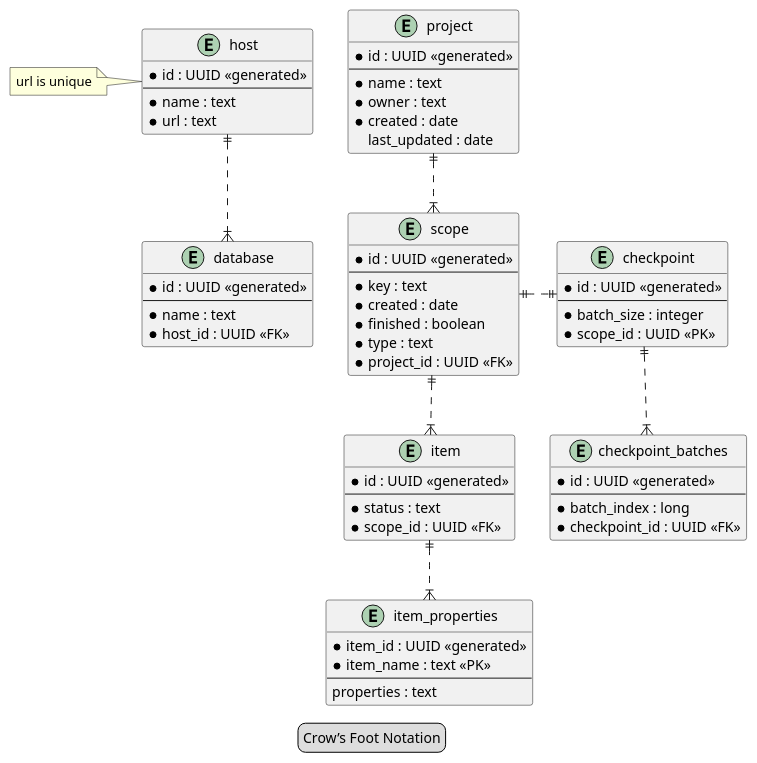
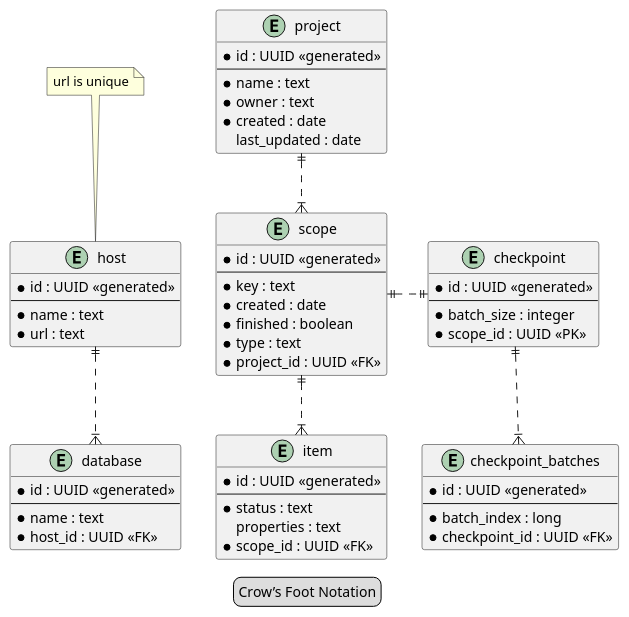
The diagram in data-migration-documentation/src/main/images/databaseModel.puml (TuncerCatalkaya/data-migration), drawn with PlantUML before and after one commit. The commit also changed 5 other files, not shown here.

```diff
--- a/data-migration-documentation/src/main/images/databaseModel.puml
+++ b/data-migration-documentation/src/main/images/databaseModel.puml
@@ -1,77 +1,72 @@
 @startuml
 legend Crow’s Foot Notation
 
 entity project {
     * id : UUID <<generated>>
     --
     * name : text
     * owner : text
     * created : date
     last_updated : date
 }
 
 entity scope {
     * id : UUID <<generated>>
     --
     * key : text
     * created : date
     * finished : boolean
     * type : text
     * project_id : UUID <<FK>>
 }
 
 entity item {
     * id : UUID <<generated>>
     --
     * status : text
+    properties : text
     * scope_id : UUID <<FK>>
-}
-
-entity item_properties {
-    * item_id : UUID <<generated>>
-    * item_name : text <<PK>>
-    --
-    properties : text
 }
 
 entity checkpoint {
     * id : UUID <<generated>>
     --
     * batch_size : integer
     * scope_id : UUID <<PK>>
 }
 
 entity checkpoint_batches {
     * id : UUID <<generated>>
     --
     * batch_index : long
     * checkpoint_id : UUID <<FK>>
 }
 
 entity host {
     * id : UUID <<generated>>
     --
     * name : text
     * url : text
 }
 
 entity database {
     * id : UUID <<generated>>
     --
     * name : text
     * host_id : UUID <<FK>>
 }
 
-note left of host : url is unique
+note top of host : url is unique
 
 project ||..|{ scope
 scope ||..|{ item
-item ||..|{ item_properties
 
 scope ||.|| checkpoint
 
 checkpoint ||..|{ checkpoint_batches
 
 host ||..|{ database
 
+host -[hidden]> scope
+
 @enduml
```
